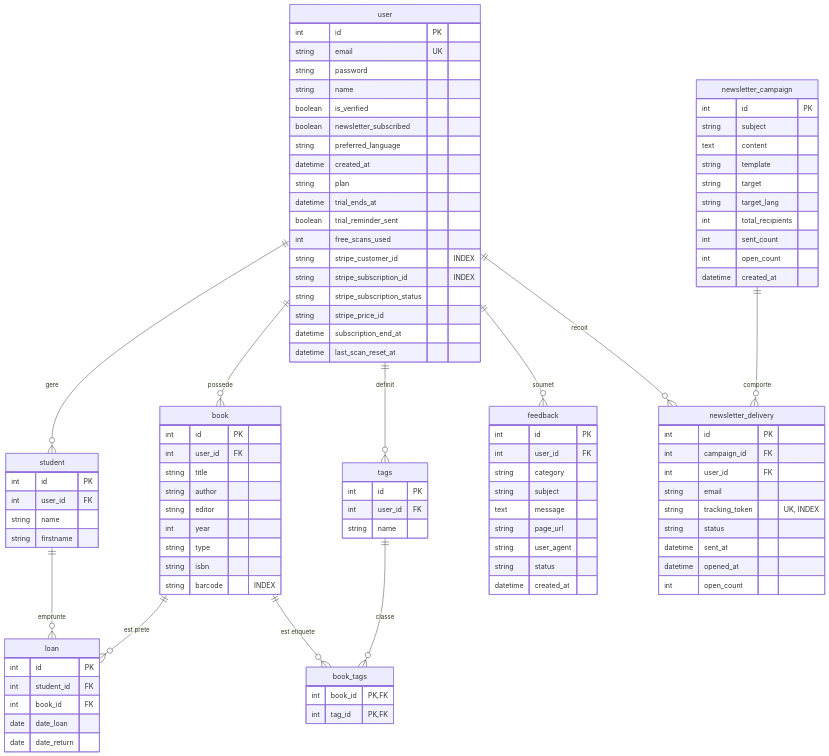
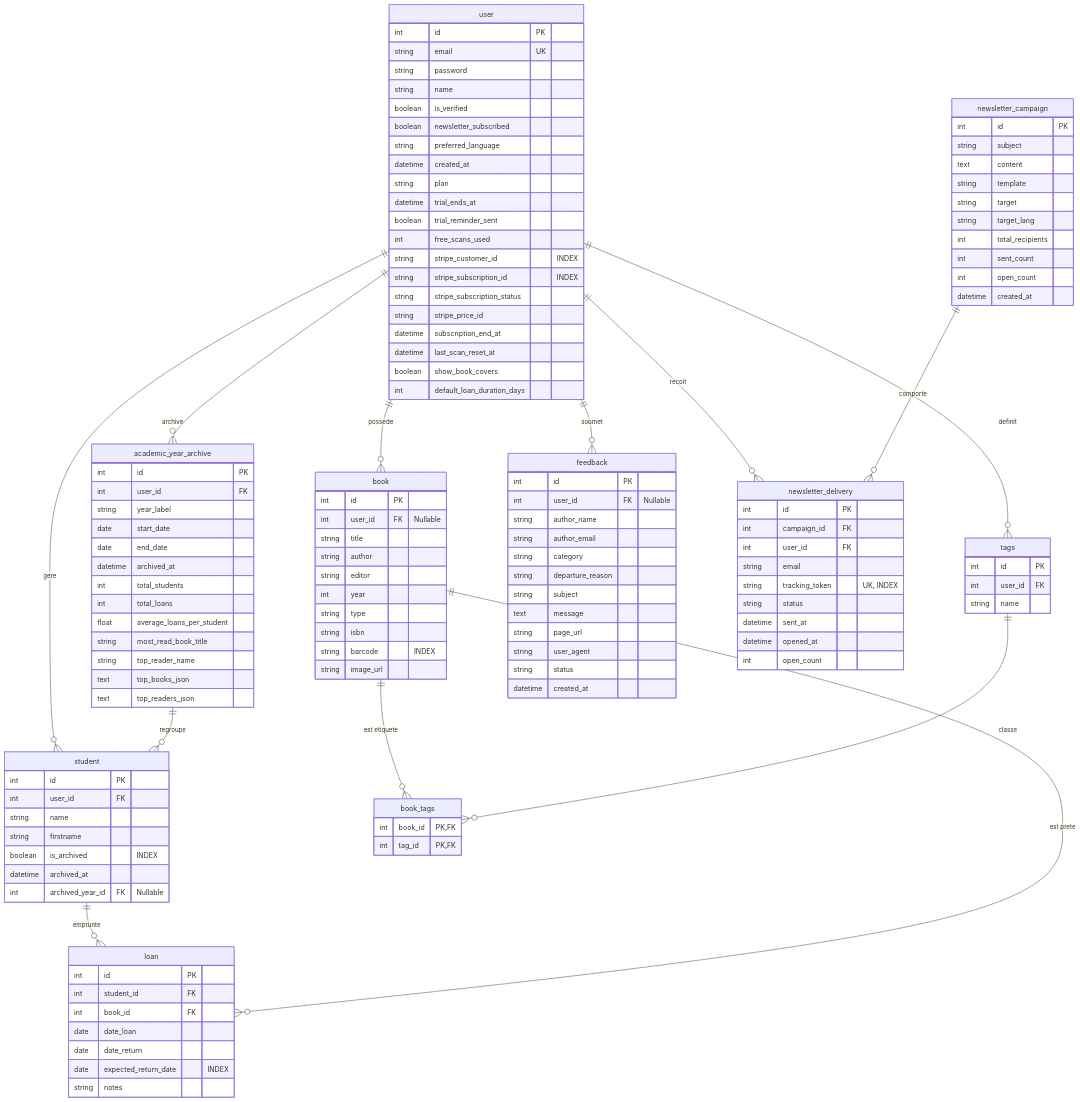
One commit to Forestierr/Bibliotheque-Flask changed the diagram in docs/base-de-donnees.md. Above: the diagram before and after it, drawn with Mermaid. The commit also changed other lines of this file and 10 other files, not shown here.

```diff
--- a/docs/base-de-donnees.md
+++ b/docs/base-de-donnees.md
@@ -40,10 +41,12 @@
 erDiagram
     user ||--o{ book : "possede"
     user ||--o{ student : "gere"
+    user ||--o{ academic_year_archive : "archive"
     user ||--o{ tags : "definit"
     user ||--o{ feedback : "soumet"
     user ||--o{ newsletter_delivery : "recoit"
     
+    academic_year_archive ||--o{ student : "regroupe"
     student ||--o{ loan : "emprunte"
     book ||--o{ loan : "est prete"
     
@@ -71,11 +74,13 @@
         string stripe_price_id
         datetime subscription_end_at
         datetime last_scan_reset_at
+        boolean show_book_covers
+        int default_loan_duration_days
     }
 
     book {
         int id PK
-        int user_id FK
+        int user_id FK "Nullable"
         string title
         string author
         string editor
@@ -83,6 +88,7 @@
         string type
         string isbn
         string barcode "INDEX"
+        string image_url
     }
 
     student {
@@ -90,6 +96,25 @@
         int user_id FK
         string name
         string firstname
+        boolean is_archived "INDEX"
+        datetime archived_at
+        int archived_year_id FK "Nullable"
+    }
+
+    academic_year_archive {
+        int id PK
+        int user_id FK
+        string year_label
+        date start_date
+        date end_date
+        datetime archived_at
+        int total_students
+        int total_loans
+        float average_loans_per_student
+        string most_read_book_title
+        string top_reader_name
+        text top_books_json
+        text top_readers_json
     }
 
     loan {
@@ -98,6 +123,8 @@
         int book_id FK
         date date_loan
         date date_return
+        date expected_return_date "INDEX"
+        string notes
     }
 
     tags {
@@ -113,8 +140,11 @@
 
     feedback {
         int id PK
-        int user_id FK
+        int user_id FK "Nullable"
+        string author_name
+        string author_email
         string category
+        string departure_reason
         string subject
         text message
         string page_url
```
